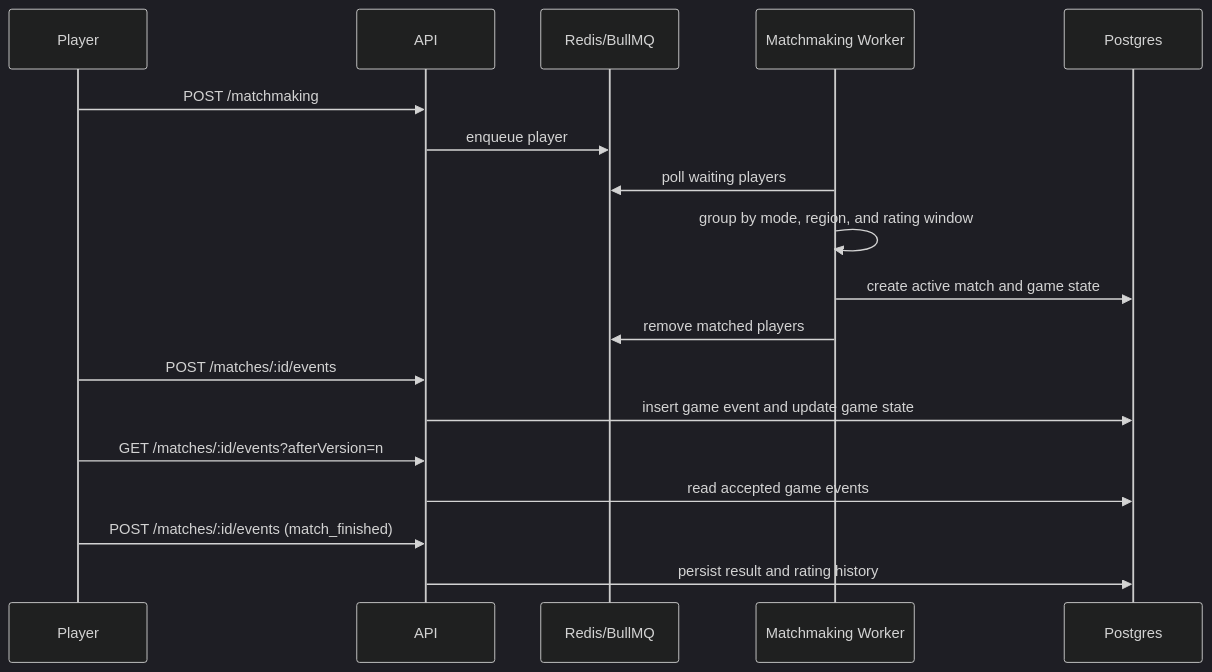
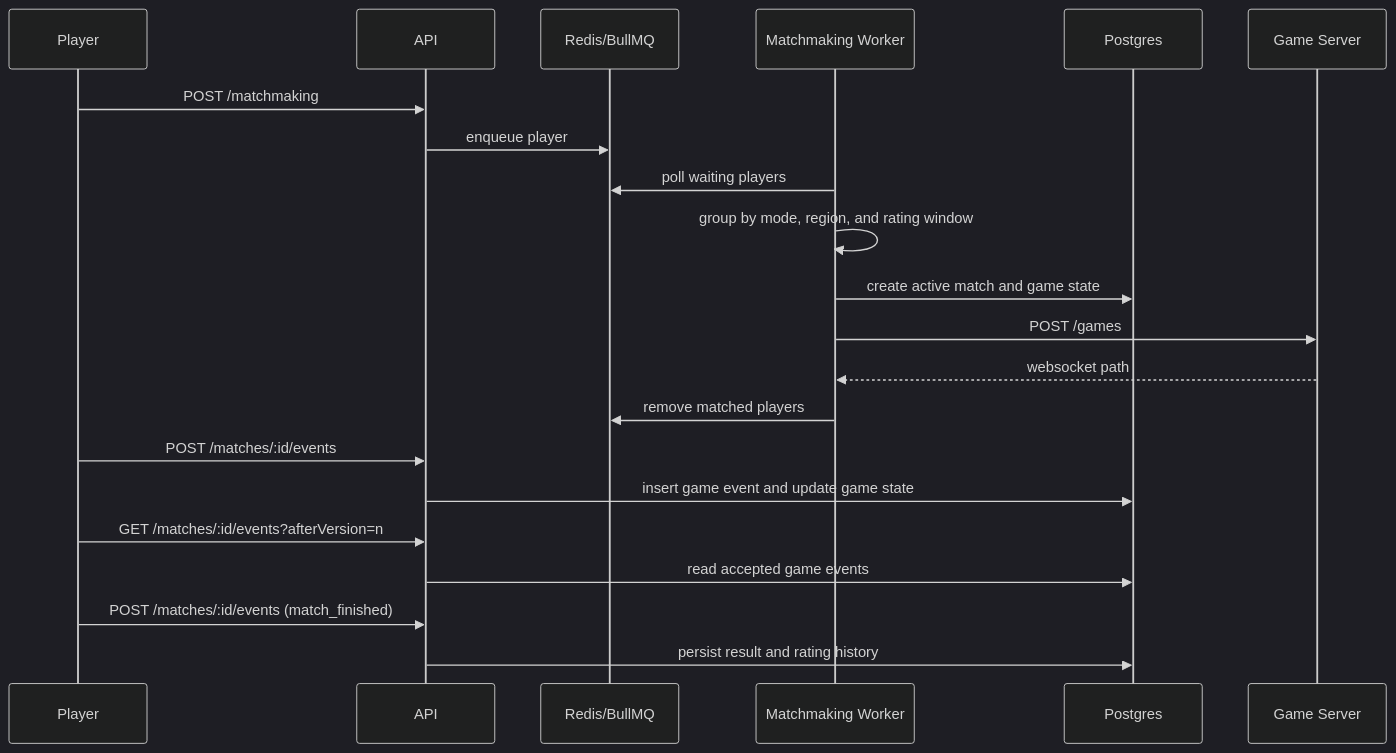
One commit to keezeden/qtime changed the second of 2 diagrams in docs/architecture.md. Above: the diagram before and after it, drawn with Mermaid (dark theme). The commit also changed other lines of this file and 11 other files, not shown here.

Commit message:
feat(matchmaking): initialize game server rooms

````diff
--- a/docs/architecture.md
+++ b/docs/architecture.md
@@ -131,21 +135,24 @@
 ```mermaid
 sequenceDiagram
   participant Player
   participant API
   participant Redis as Redis/BullMQ
   participant Worker as Matchmaking Worker
   participant DB as Postgres
+  participant GameServer as Game Server
 
   Player->>API: POST /matchmaking
   API->>Redis: enqueue player
   Worker->>Redis: poll waiting players
   Worker->>Worker: group by mode, region, and rating window
   Worker->>DB: create active match and game state
+  Worker->>GameServer: POST /games
+  GameServer-->>Worker: websocket path
   Worker->>Redis: remove matched players
   Player->>API: POST /matches/:id/events
   API->>DB: insert game event and update game state
   Player->>API: GET /matches/:id/events?afterVersion=n
   API->>DB: read accepted game events
   Player->>API: POST /matches/:id/events (match_finished)
   API->>DB: persist result and rating history
 ```
````
